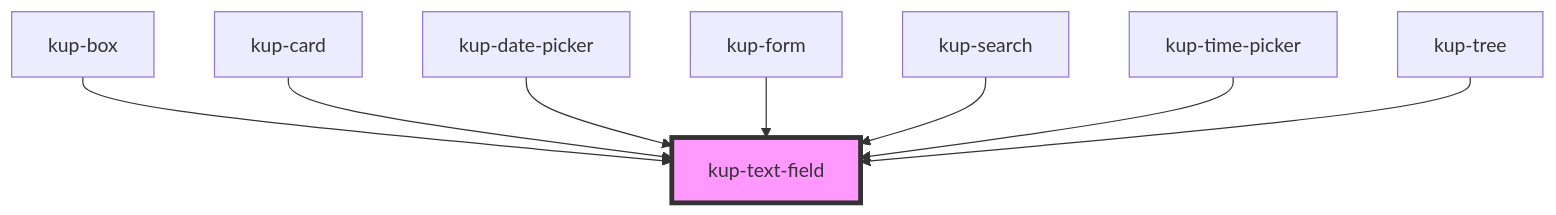
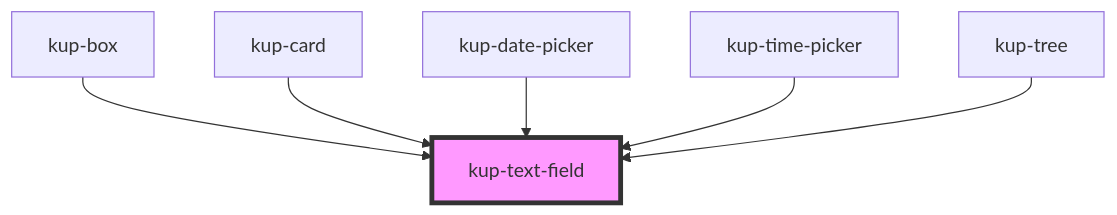
Before and after one commit to smeup/ketchup: the diagram in packages/ketchup/src/components/kup-text-field/readme.md, drawn with Mermaid. The commit also changed other lines of this file and 40 other files, not shown here.

Commit message:
kup-crud, kup-form, kup-modal, kup-search: removed from library.

````diff
--- a/packages/ketchup/src/components/kup-text-field/readme.md
+++ b/packages/ketchup/src/components/kup-text-field/readme.md
@@ -137,11 +135,9 @@
 ```mermaid
 graph TD;
   kup-box --> kup-text-field
   kup-card --> kup-text-field
   kup-date-picker --> kup-text-field
-  kup-form --> kup-text-field
-  kup-search --> kup-text-field
   kup-time-picker --> kup-text-field
   kup-tree --> kup-text-field
   style kup-text-field fill:#f9f,stroke:#333,stroke-width:4px
 ```
````
